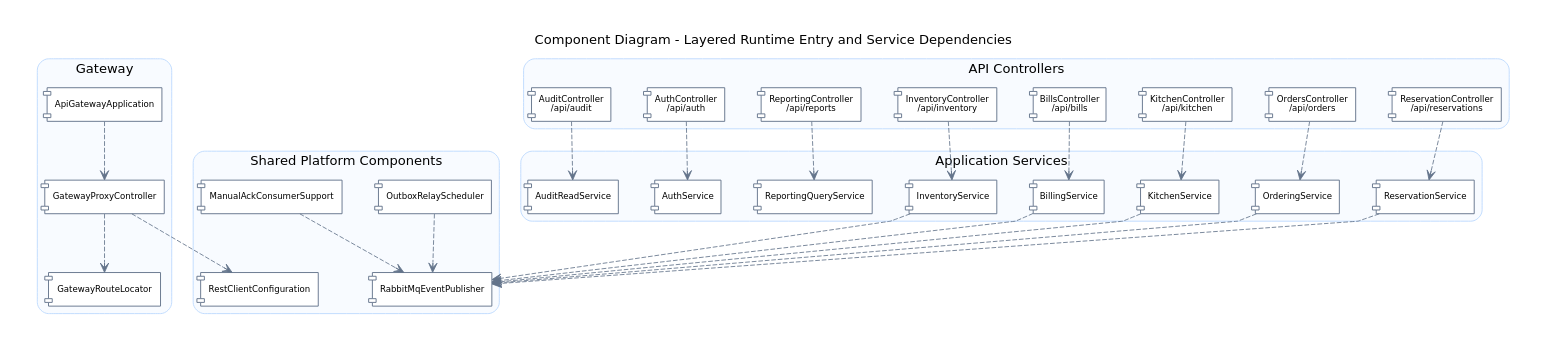
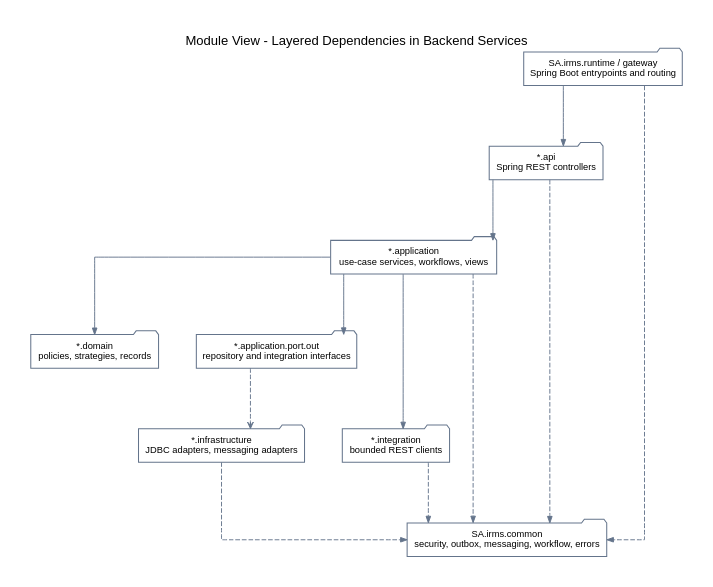
The diagram in assets/diagrams/source/architecture/22_module_view_overview_layered_dependencies.dot (lehoangluan1/SA_IRMS), drawn with Graphviz before and after one commit. The commit also changed 124 other files, not shown here.

```diff
--- a/assets/diagrams/source/architecture/22_module_view_overview_layered_dependencies.dot
+++ b/assets/diagrams/source/architecture/22_module_view_overview_layered_dependencies.dot
@@ -1,90 +1,38 @@
 digraph G {
   graph [
     rankdir=TB,
-    newrank=true,
     compound=true,
     bgcolor="white",
-    pad=0.34,
-    nodesep=0.54,
-    ranksep=0.88,
-    splines=polyline,
-    fontname="DejaVu Sans",
+    pad=0.35,
+    nodesep=0.55,
+    ranksep=0.9,
+    splines=ortho,
+    fontname="Arial",
     labelloc="t",
-    label="Component Diagram - Layered Runtime Entry and Service Dependencies"
+    label="Module View - Layered Dependencies in Backend Services"
   ];
 
-  node [shape=component, style="rounded,filled", fillcolor="#FFFFFF", color="#64748B", penwidth=1.0, fontname="DejaVu Sans", fontsize=9.2, margin="0.10,0.06"];
-  edge [style=dashed, arrowhead=vee, color="#64748B", penwidth=0.9, fontname="DejaVu Sans", fontsize=8.0];
+  node [shape=folder, style="filled", fillcolor="#FFFFFF", color="#64748B", penwidth=1.1, fontname="Arial", fontsize=10];
+  edge [color="#64748B", fontname="Arial", fontsize=9, arrowsize=0.7];
 
-  subgraph cluster_gateway {
-    label="Gateway";
-    color="#BFDBFE";
-    style="rounded,filled";
-    fillcolor="#F8FBFF";
-    ApiGatewayApplication [label="ApiGatewayApplication"];
-    GatewayProxyController [label="GatewayProxyController"];
-    GatewayRouteLocator [label="GatewayRouteLocator"];
-  }
+  api [label="*.api\nSpring REST controllers"];
+  application [label="*.application\nuse-case services, workflows, views"];
+  domain [label="*.domain\npolicies, strategies, records"];
+  ports [label="*.application.port.out\nrepository and integration interfaces"];
+  infrastructure [label="*.infrastructure\nJDBC adapters, messaging adapters"];
+  integration [label="*.integration\nbounded REST clients"];
+  common [label="SA.irms.common\nsecurity, outbox, messaging, workflow, errors"];
+  runtime [label="SA.irms.runtime / gateway\nSpring Boot entrypoints and routing"];
 
-  subgraph cluster_api {
-    label="API Controllers";
-    color="#BFDBFE";
-    style="rounded,filled";
-    fillcolor="#F8FBFF";
-    ReservationController [label="ReservationController\n/api/reservations"];
-    OrdersController [label="OrdersController\n/api/orders"];
-    KitchenController [label="KitchenController\n/api/kitchen"];
-    BillsController [label="BillsController\n/api/bills"];
-    InventoryController [label="InventoryController\n/api/inventory"];
-    ReportingController [label="ReportingController\n/api/reports"];
-    AuthController [label="AuthController\n/api/auth"];
-    AuditController [label="AuditController\n/api/audit"];
-  }
-
-  subgraph cluster_application {
-    label="Application Services";
-    color="#BFDBFE";
-    style="rounded,filled";
-    fillcolor="#F8FBFF";
-    ReservationService [label="ReservationService"];
-    OrderingService [label="OrderingService"];
-    KitchenService [label="KitchenService"];
-    BillingService [label="BillingService"];
-    InventoryService [label="InventoryService"];
-    ReportingQueryService [label="ReportingQueryService"];
-    AuthService [label="AuthService"];
-    AuditReadService [label="AuditReadService"];
-  }
-
-  subgraph cluster_platform {
-    label="Shared Platform Components";
-    color="#BFDBFE";
-    style="rounded,filled";
-    fillcolor="#F8FBFF";
-    RabbitMqEventPublisher [label="RabbitMqEventPublisher"];
-    OutboxRelayScheduler [label="OutboxRelayScheduler"];
-    ManualAckConsumerSupport [label="ManualAckConsumerSupport"];
-    RestClientConfiguration [label="RestClientConfiguration"];
-  }
-
-  ApiGatewayApplication -> GatewayProxyController;
-  GatewayProxyController -> GatewayRouteLocator;
-  GatewayProxyController -> RestClientConfiguration;
-
-  ReservationController -> ReservationService;
-  OrdersController -> OrderingService;
-  KitchenController -> KitchenService;
-  BillsController -> BillingService;
-  InventoryController -> InventoryService;
-  ReportingController -> ReportingQueryService;
-  AuthController -> AuthService;
-  AuditController -> AuditReadService;
-
-  ReservationService -> RabbitMqEventPublisher;
-  OrderingService -> RabbitMqEventPublisher;
-  KitchenService -> RabbitMqEventPublisher;
-  BillingService -> RabbitMqEventPublisher;
-  InventoryService -> RabbitMqEventPublisher;
-  OutboxRelayScheduler -> RabbitMqEventPublisher;
-  ManualAckConsumerSupport -> RabbitMqEventPublisher;
+  runtime -> api;
+  runtime -> common [style=dashed];
+  api -> application;
+  api -> common [style=dashed];
+  application -> domain;
+  application -> ports;
+  application -> common [style=dashed];
+  ports -> infrastructure [style=dashed, arrowhead=open];
+  application -> integration;
+  integration -> common [style=dashed];
+  infrastructure -> common [style=dashed];
 }
```
